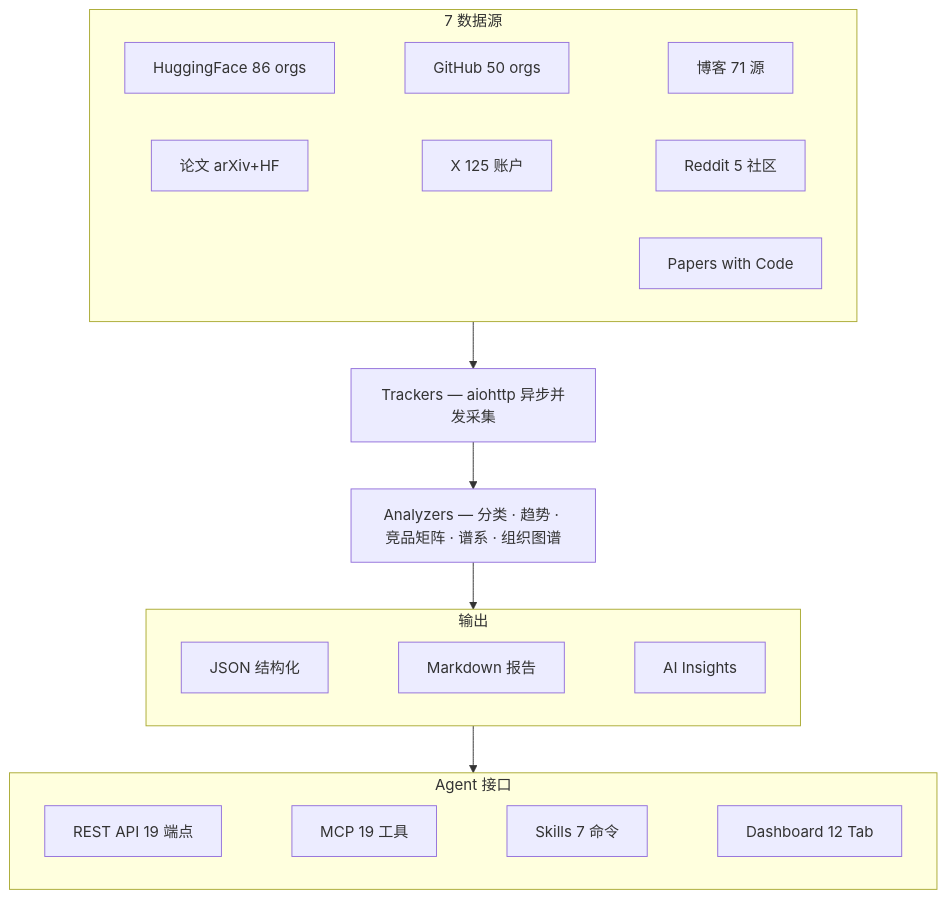
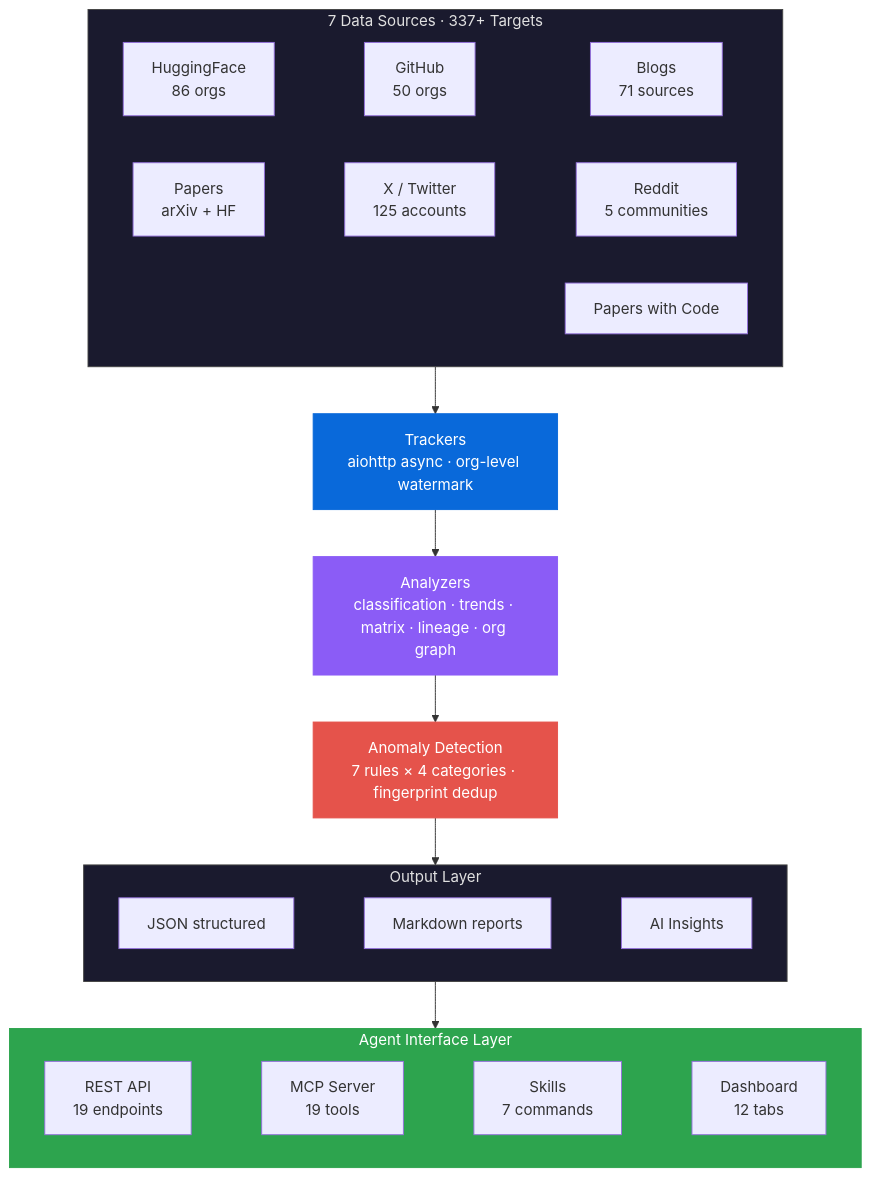
Before and after one commit to liuxiaotong/ai-dataset-radar: the first of 2 diagrams in README.md, drawn with Mermaid. The commit also changed other lines of this file and 1 other file, not shown here.

````diff
--- a/README.md
+++ b/README.md
@@ -31,26 +93,34 @@
 ```mermaid
 flowchart TD
-    subgraph S[" 7 数据源"]
+    subgraph S[" 7 Data Sources · 337+ Targets"]
         direction LR
-        S1["HuggingFace 86 orgs"] ~~~ S2["GitHub 50 orgs"] ~~~ S3["博客 71 源"]
-        S4["论文 arXiv+HF"] ~~~ S5["X 125 账户"] ~~~ S6["Reddit 5 社区"]
+        S1["HuggingFace<br/>86 orgs"] ~~~ S2["GitHub<br/>50 orgs"] ~~~ S3["Blogs<br/>71 sources"]
+        S4["Papers<br/>arXiv + HF"] ~~~ S5["X / Twitter<br/>125 accounts"] ~~~ S6["Reddit<br/>5 communities"]
         S7["Papers with Code"]
     end
 
-    S --> T["Trackers — aiohttp 异步并发采集"]
-    T --> A["Analyzers — 分类 · 趋势 · 竞品矩阵 · 谱系 · 组织图谱"]
+    S --> T["Trackers<br/>aiohttp async · org-level watermark"]
+    T --> A["Analyzers<br/>classification · trends · matrix · lineage · org graph"]
+    A --> D["Anomaly Detection<br/>7 rules × 4 categories · fingerprint dedup"]
 
-    subgraph O[" 输出"]
+    subgraph O[" Output Layer"]
         direction LR
-        O1["JSON 结构化"] ~~~ O2["Markdown 报告"] ~~~ O3["AI Insights"]
+        O1["JSON structured"] ~~~ O2["Markdown reports"] ~~~ O3["AI Insights"]
     end
 
-    A --> O
+    D --> O
 
-    subgraph I[" Agent 接口"]
+    subgraph I[" Agent Interface Layer"]
         direction LR
-        I1["REST API 19 端点"] ~~~ I2["MCP 19 工具"] ~~~ I3["Skills 7 命令"] ~~~ I4["Dashboard 12 Tab"]
+        I1["REST API<br/>19 endpoints"] ~~~ I2["MCP Server<br/>19 tools"] ~~~ I3["Skills<br/>7 commands"] ~~~ I4["Dashboard<br/>12 tabs"]
     end
 
     O --> I
+
+    style S fill:#1a1a2e,color:#e0e0e0,stroke:#444
+    style T fill:#0969da,color:#fff,stroke:#0969da
+    style A fill:#8b5cf6,color:#fff,stroke:#8b5cf6
+    style D fill:#e5534b,color:#fff,stroke:#e5534b
+    style O fill:#1a1a2e,color:#e0e0e0,stroke:#444
+    style I fill:#2da44e,color:#fff,stroke:#2da44e
 ```
````
